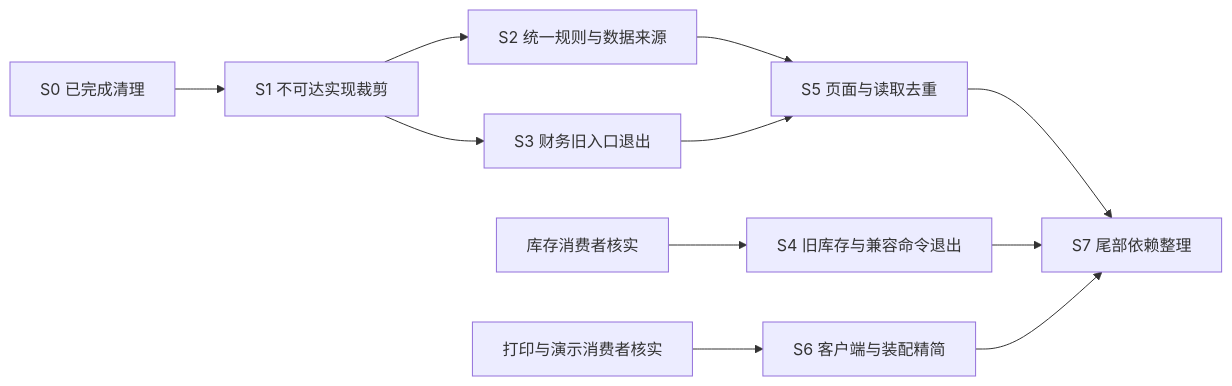
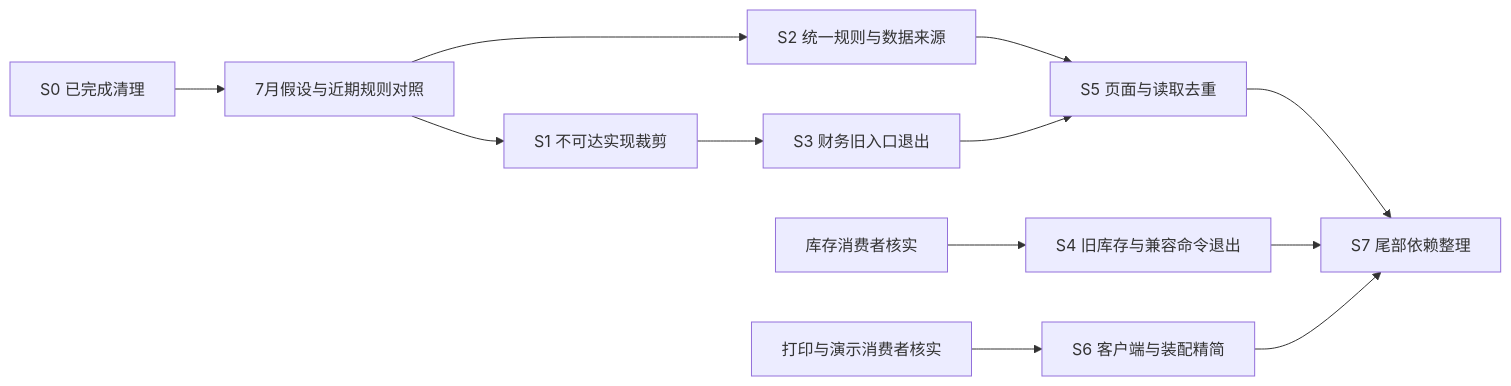
Before and after one commit to sxliuchen-hash/zhubao-ERP: the diagram in docs/系统级代码瘦身方案.md, drawn with Mermaid. The commit also changed other lines of this file and 2 other files, not shown here.

````diff
--- a/docs/系统级代码瘦身方案.md
+++ b/docs/系统级代码瘦身方案.md
@@ -129,13 +157,14 @@
 ```mermaid
 flowchart LR
-  A[S0 已完成清理] --> B[S1 不可达实现裁剪]
-  B --> C[S2 统一规则与数据来源]
+  A[S0 已完成清理] --> R[7月假设与近期规则对照]
+  R --> B[S1 不可达实现裁剪]
+  R --> C[S2 统一规则与数据来源]
   B --> D[S3 财务旧入口退出]
   E[库存消费者核实] --> F[S4 旧库存与兼容命令退出]
   C --> G[S5 页面与读取去重]
   D --> G
   H[打印与演示消费者核实] --> I[S6 客户端与装配精简]
   G --> J[S7 尾部依赖整理]
   F --> J
   I --> J
 ```
````
